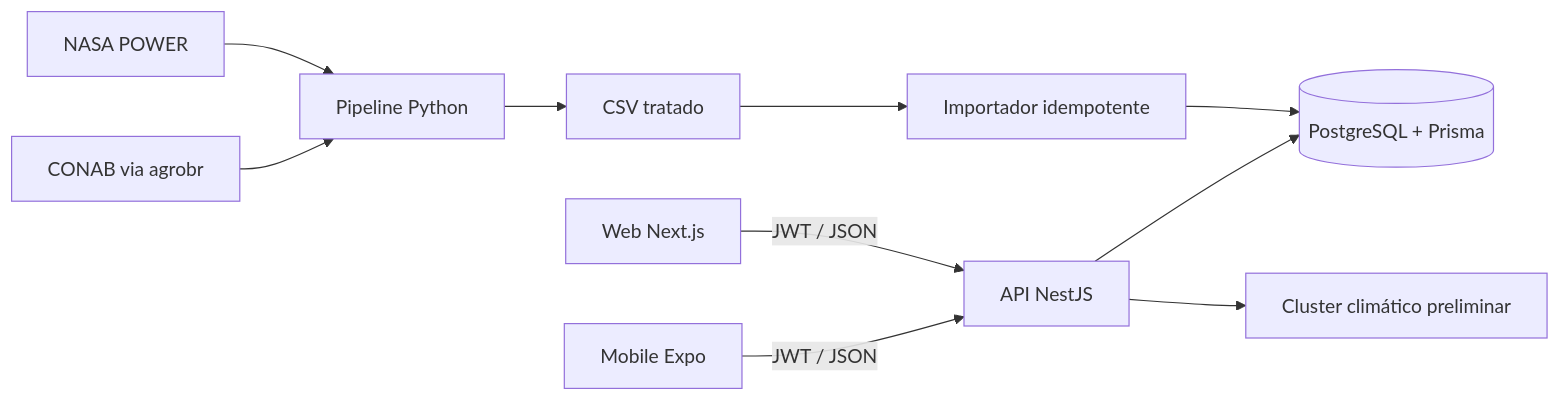
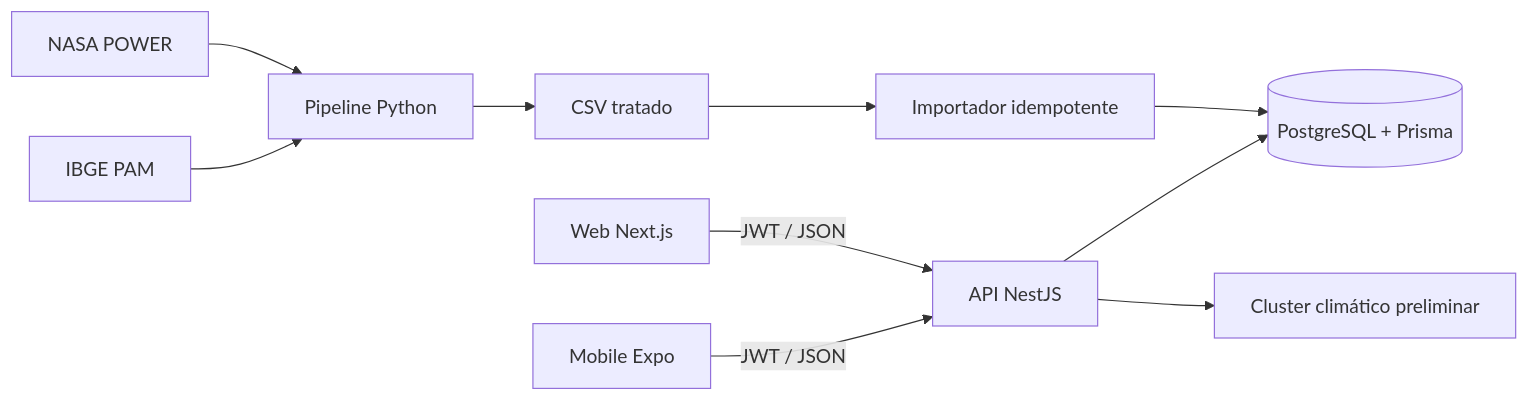
One commit to FatecFranca/DSM-G07-PI6-2026-2 changed the diagram in README.md. Above: the diagram before and after it, drawn with Mermaid. The commit also changed other lines of this file and 25 other files, not shown here.

````diff
--- a/README.md
+++ b/README.md
@@ -83,12 +83,12 @@
 ```mermaid
 flowchart LR
     NASA[NASA POWER] --> PIPE[Pipeline Python]
-    CONAB[CONAB via agrobr] --> PIPE
+    IBGE[IBGE PAM] --> PIPE
     PIPE --> CSV[CSV tratado]
     CSV --> IMPORT[Importador idempotente]
     IMPORT --> DB[(PostgreSQL + Prisma)]
     WEB[Web Next.js] -->|JWT / JSON| API[API NestJS]
     MOB[Mobile Expo] -->|JWT / JSON| API
     API --> DB
     API --> CLUSTER[Cluster climático preliminar]
 ```
````
